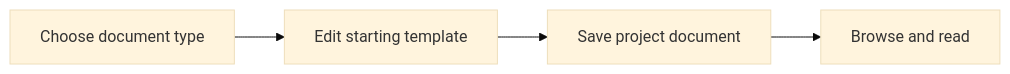
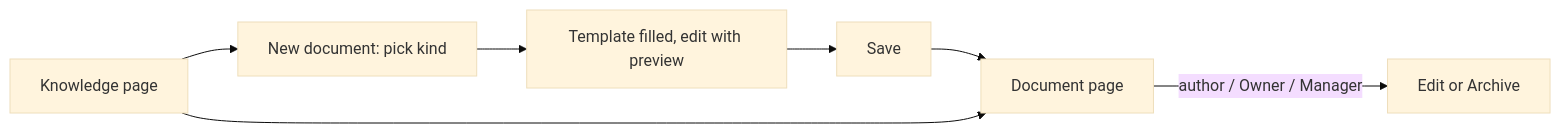
The second of 2 diagrams in docs/plans/15-knowledge-documents.md (unishare-oss/uniloom), drawn with Mermaid (base theme) before and after one commit. The commit also changed other lines of this file and 2 other files, not shown here.

Commit message:
docs: plan 15 knowledge documents, ADR-0013, TD-012

````diff
--- a/docs/plans/15-knowledge-documents.md
+++ b/docs/plans/15-knowledge-documents.md
@@ -39,7 +89,8 @@
 ```mermaid
 flowchart LR
-    A["Choose document type"] --> B
-    B["Edit starting template"] --> C
-    C["Save project document"] --> D
-    D["Browse and read"]
+  A["Knowledge page"] --> B["New document: pick kind"]
+  B --> C["Template filled, edit with preview"]
+  C --> D["Save"] --> E["Document page"]
+  A --> E
+  E -->|author / Owner / Manager| F["Edit or Archive"]
 ```
````
